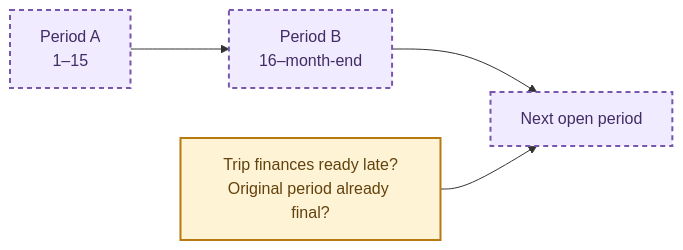
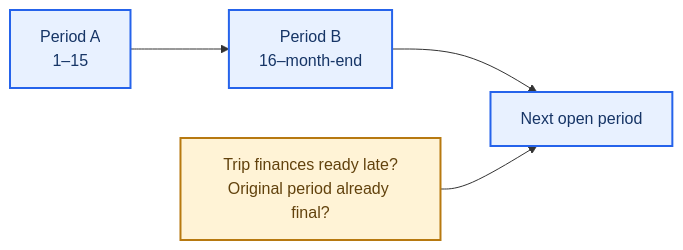
One commit to DanielVilla1/BM_Enterprises_Integration changed the fourth of 6 diagrams in docs/decisions/financial-policies.md. Above: the diagram before and after it, drawn with Mermaid. The commit also changed other lines of this file and 104 other files, not shown here.

````diff
--- a/docs/decisions/financial-policies.md
+++ b/docs/decisions/financial-policies.md
@@ -168,10 +179,10 @@
 ```mermaid
 flowchart LR
     accTitle: Payroll in two periods
     accDescr: Receipt-confirmed date determines the original period; late readiness carries forward after a finalized cutoff.
-    first["Period A<br/>1–15"]:::planned --> second["Period B<br/>16–month-end"]:::planned
-    second --> next["Next open period"]:::planned
+    first["Period A<br/>1–15"]:::action --> second["Period B<br/>16–month-end"]:::action
+    second --> next["Next open period"]:::action
     late["Trip finances ready late?<br/>Original period already final?"]:::wait --> next
     classDef wait fill:#fff3d6,stroke:#b77910,color:#62420d,stroke-width:2px
-    classDef planned fill:#f0ebff,stroke:#7856ad,color:#412c65,stroke-width:2px,stroke-dasharray:5 4
+    classDef action fill:#e8f1ff,stroke:#2563eb,color:#163566,stroke-width:2px
 ```
````
